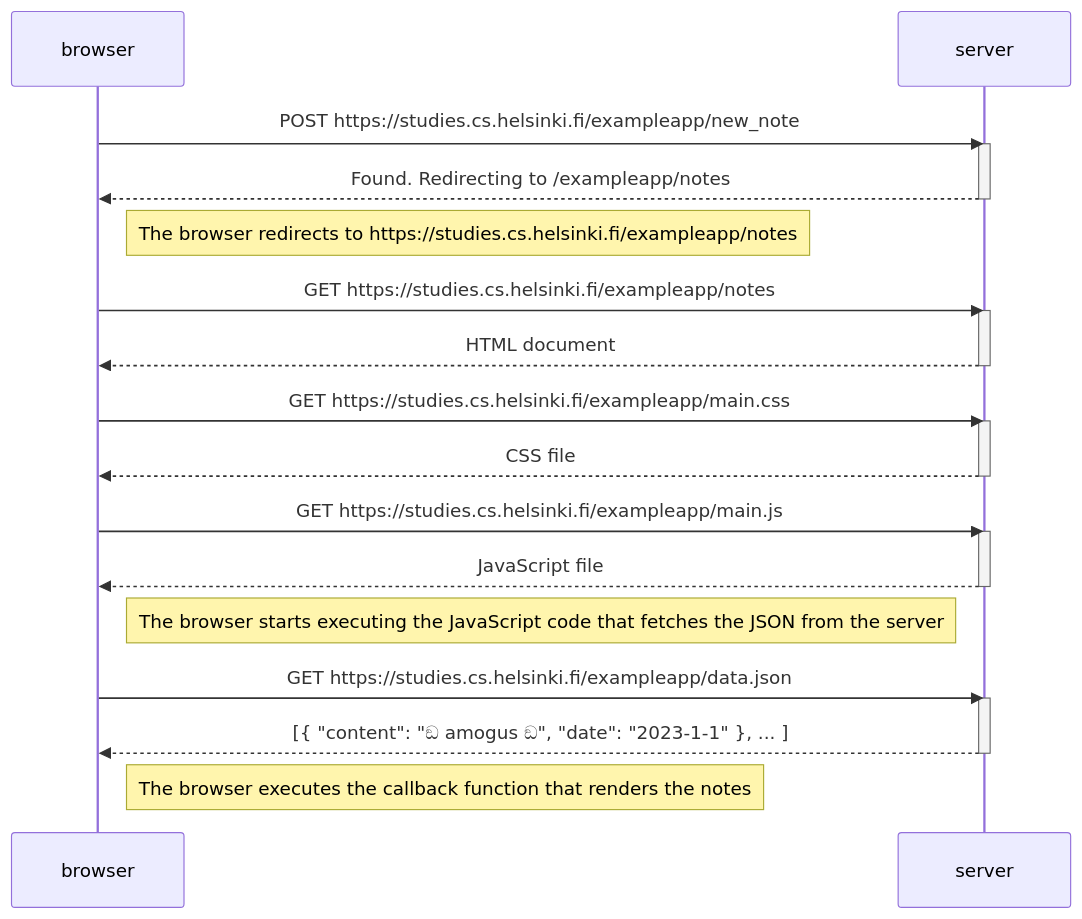
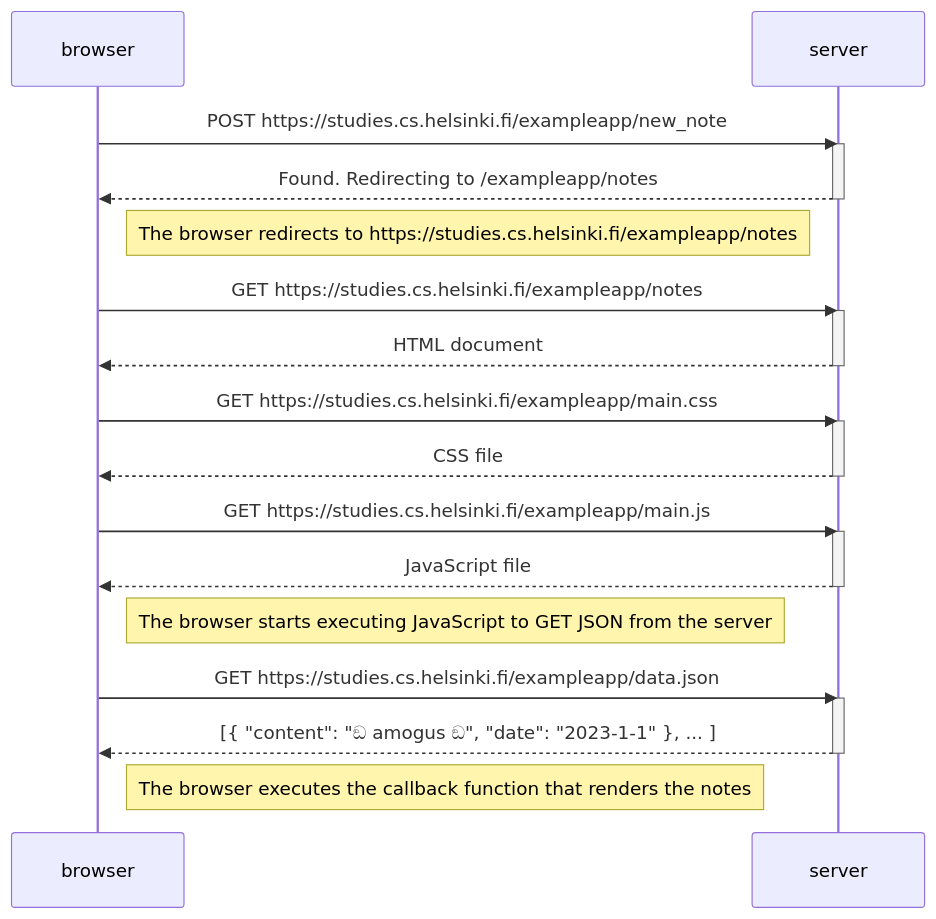
One commit to 834N5/fso2023 changed the diagram in part0/0.4.md. Above: the diagram before and after it, drawn with Mermaid. The commit also changed 1 other file, not shown here.

````diff
--- a/part0/0.4.md
+++ b/part0/0.4.md
@@ -1,36 +1,36 @@
 ```mermaid
 	sequenceDiagram
 		participant browser
 		participant server
 
 		browser->>server: POST https://studies.cs.helsinki.fi/exampleapp/new_note
 		activate server
 		server-->>browser: Found. Redirecting to /exampleapp/notes
 		deactivate server
 
 		Note right of browser: The browser redirects to https://studies.cs.helsinki.fi/exampleapp/notes
 
 		browser->>server: GET https://studies.cs.helsinki.fi/exampleapp/notes
 		activate server
 		server-->>browser: HTML document
 		deactivate server
 
 		browser->>server: GET https://studies.cs.helsinki.fi/exampleapp/main.css
 		activate server
 		server-->>browser: CSS file
 		deactivate server
 
 		browser->>server: GET https://studies.cs.helsinki.fi/exampleapp/main.js
 		activate server
 		server-->>browser: JavaScript file
 		deactivate server
 
-		Note right of browser: The browser starts executing the JavaScript code that fetches the JSON from the server
+		Note right of browser: The browser starts executing JavaScript to GET JSON from the server
 
 		browser->>server: GET https://studies.cs.helsinki.fi/exampleapp/data.json
 		activate server
 		server-->>browser: [{ "content": "ඞ amogus ඞ", "date": "2023-1-1" }, ... ]
 		deactivate server
 
 		Note right of browser: The browser executes the callback function that renders the notes
 ```
````
